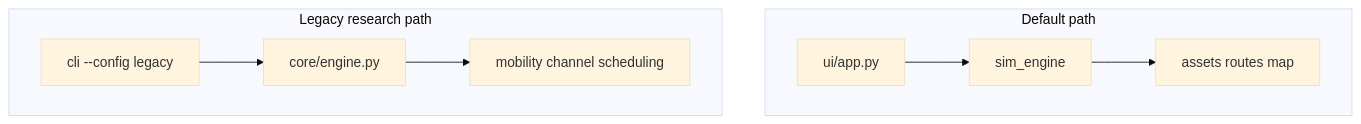
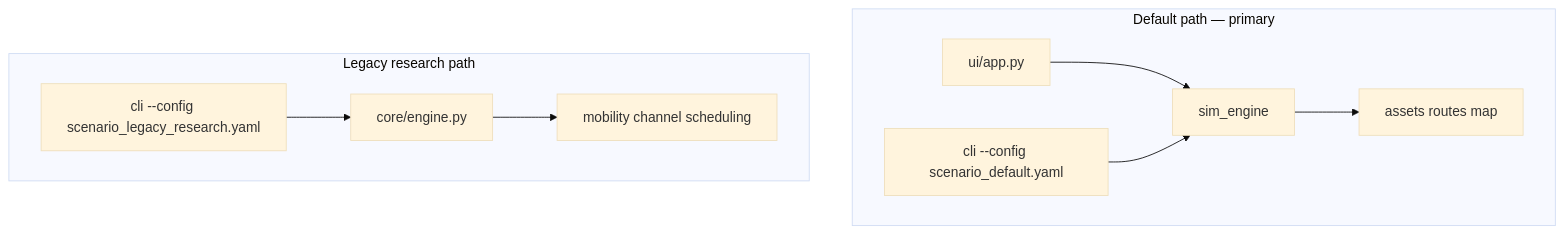
One commit to linux-ram/mmwave-v2i-sim changed the diagram in docs/MILESTONE_STATUS.md. Above: the diagram before and after it, drawn with Mermaid (base theme). The commit also changed other lines of this file and 9 other files, not shown here.

````diff
--- a/docs/MILESTONE_STATUS.md
+++ b/docs/MILESTONE_STATUS.md
@@ -21,15 +21,17 @@
 ```mermaid
 flowchart TB
-  subgraph defaultPath [Default path]
+  subgraph defaultPath [Default path — primary]
     GUI[ui/app.py]
     SE[sim_engine]
     Assets[assets routes map]
+    CLI[cli --config scenario_default.yaml]
     GUI --> SE --> Assets
+    CLI --> SE
   end
   subgraph legacyPath [Legacy research path]
-    CLI[cli --config legacy]
+    LCLI[cli --config scenario_legacy_research.yaml]
     Core[core/engine.py]
     Mob[mobility channel scheduling]
-    CLI --> Core --> Mob
+    LCLI --> Core --> Mob
   end
 ```
````
